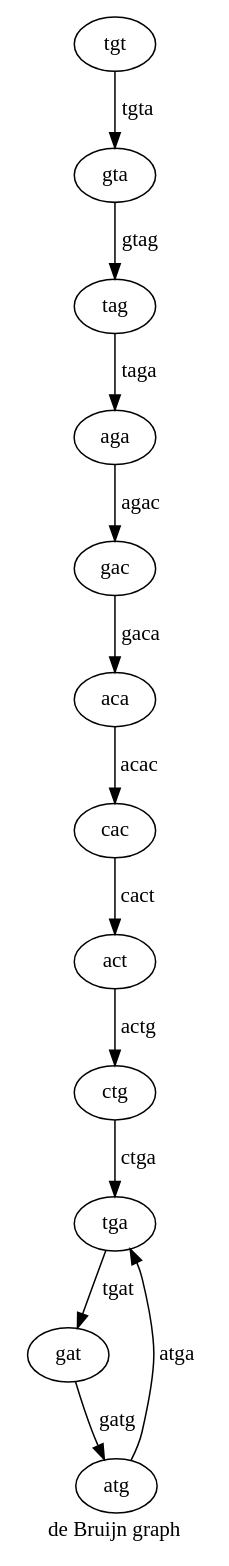
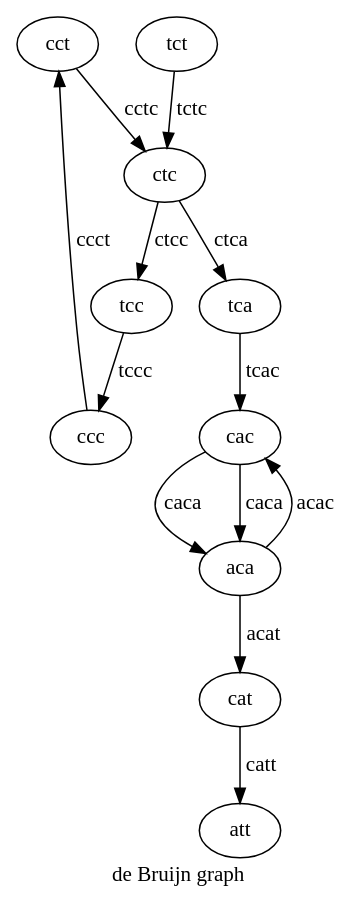
One commit to fsigs/nmsu-cs516-bioinformatics-project changed the diagram in ps02/python/deBruijn.dot. Above: the diagram before and after it, drawn with Graphviz. The commit also changed 11 other files, not shown here.

```diff
--- a/ps02/python/deBruijn.dot
+++ b/ps02/python/deBruijn.dot
@@ -1,15 +1,15 @@
 digraph {
 label="de Bruijn graph"
-ctg->tga[label=ctga];
-tga->gat[label=tgat];
-gac->aca[label=gaca];
+cct->ctc[label=cctc];
+ctc->tcc[label=ctcc];
+ctc->tca[label=ctca];
+tct->ctc[label=tctc];
+tcc->ccc[label=tccc];
+ccc->cct[label=ccct];
+cac->aca[label=caca];
+cac->aca[label=caca];
+aca->cat[label=acat];
 aca->cac[label=acac];
-atg->tga[label=atga];
-gta->tag[label=gtag];
-tag->aga[label=taga];
-gat->atg[label=gatg];
-cac->act[label=cact];
-tgt->gta[label=tgta];
-aga->gac[label=agac];
-act->ctg[label=actg];
+cat->att[label=catt];
+tca->cac[label=tcac];
 }
```
